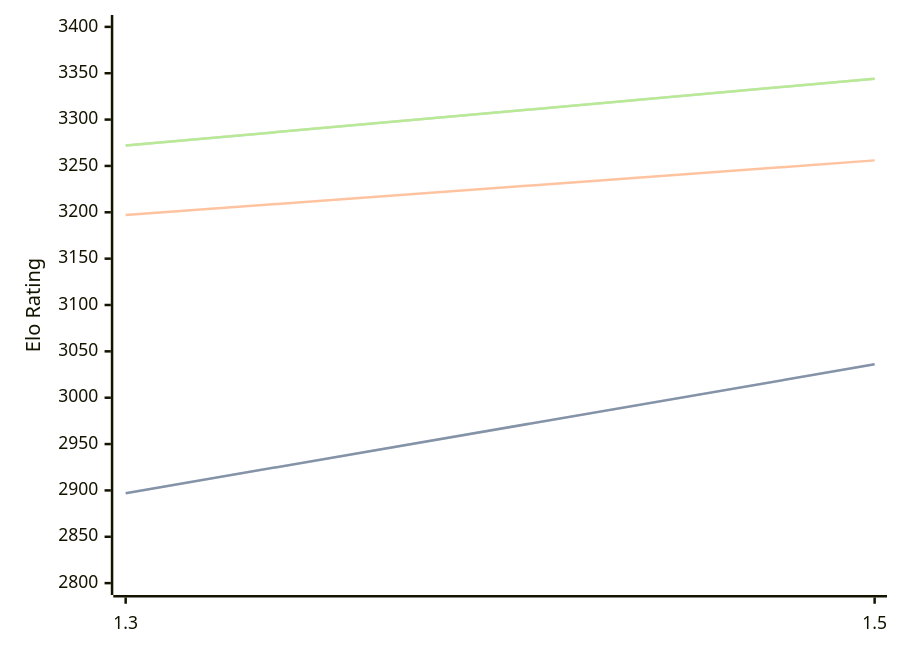
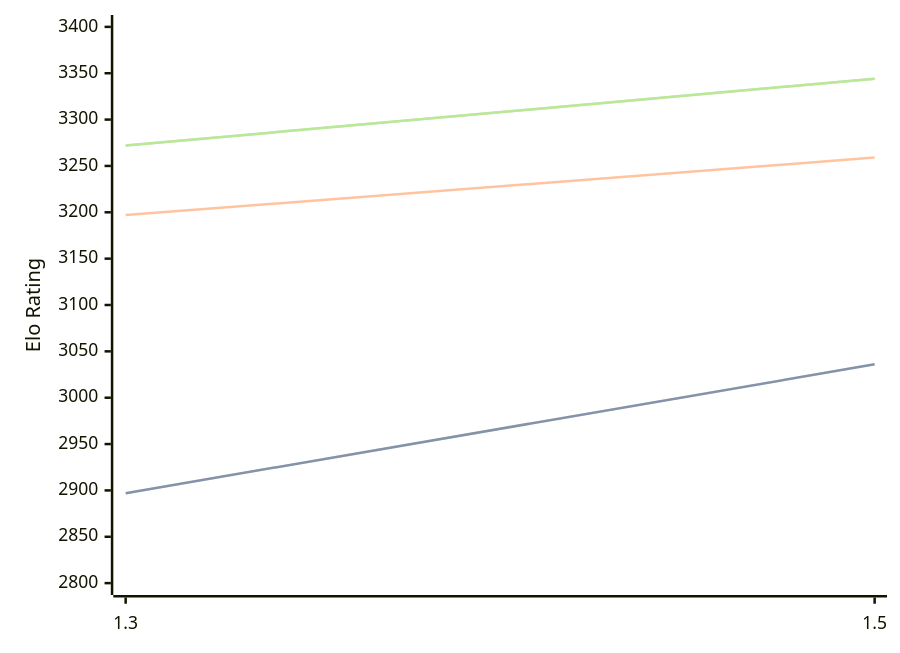
The diagram in engines/Lambergar.md (computer-chess-index/cci), drawn with Mermaid before and after one commit. The commit also changed other lines of this file, not shown here.

````diff
--- a/engines/Lambergar.md
+++ b/engines/Lambergar.md
@@ -44,11 +44,11 @@
 ```mermaid
 %%{init: {"theme":"base","themeVariables":{"seriesColors:['#a3a3a3','#222221','#faa371']}}}%%
 xychart-beta
   x-axis ["1.3", "1.5"]
   y-axis "Elo Rating" 2800 --> 3400
   line "STC (8.0+0.08s)" [2897, 3036]
   line "STC (8.0+0.08s)" [2897, 3036]
-  line "LTC (60.0+0.60s)" [3197, 3256]
+  line "LTC (60.0+0.60s)" [3197, 3259]
   line "VLTC (2m24s+1.12s)" [3272, 3344]
   line "VLTC (2m24s+1.12s)" [3272, 3344]
 ```
````
